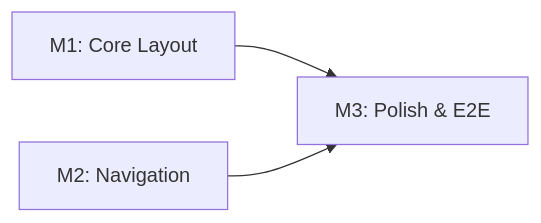
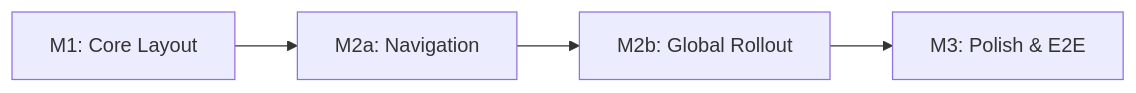
The diagram in specs/009-carbon-sidenav/plan.md (DIGI-UW/OpenELIS-Global-2), drawn with Mermaid before and after one commit. The commit also changed other lines of this file and 1549 other files, not shown here.

````diff
--- a/specs/009-carbon-sidenav/plan.md
+++ b/specs/009-carbon-sidenav/plan.md
@@ -87,5 +102,6 @@
 ```mermaid
 graph LR
-    M1[M1: Core Layout] --> M3[M3: Polish & E2E]
-    M2[M2: Navigation] --> M3
+    M1[M1: Core Layout] --> M2a[M2a: Navigation]
+    M2a --> M2b[M2b: Global Rollout]
+    M2b --> M3[M3: Polish & E2E]
 ```
````
